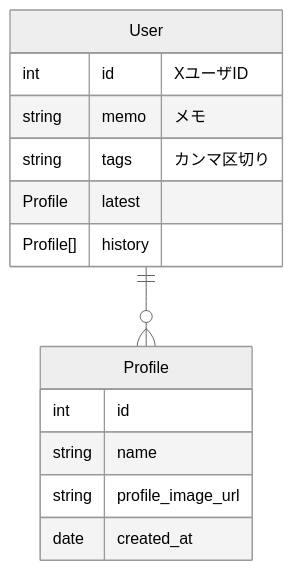
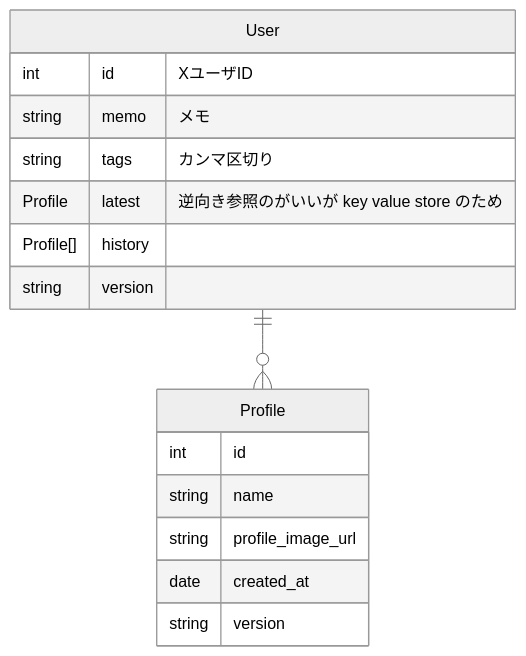
The diagram in docs/mermaid/er.md (kicchomen/x-user-notes), drawn with Mermaid (neutral theme) before and after one commit. The commit also changed other lines of this file, not shown here.

Commit message:
ER図更新

````diff
--- a/docs/mermaid/er.md
+++ b/docs/mermaid/er.md
@@ -3,19 +5,21 @@
 ```mermaid
 erDiagram
   User {
     int id "XユーザID"
     string memo "メモ"
     string tags "カンマ区切り"
-    Profile latest
+    Profile latest "逆向き参照のがいいが key value store のため"
     Profile[] history
+    string version
   }
 
   Profile {
     int id
     string name
     string profile_image_url
     date created_at
+    string version
   }
 
   User ||--o{ Profile : ""
 ```
````
